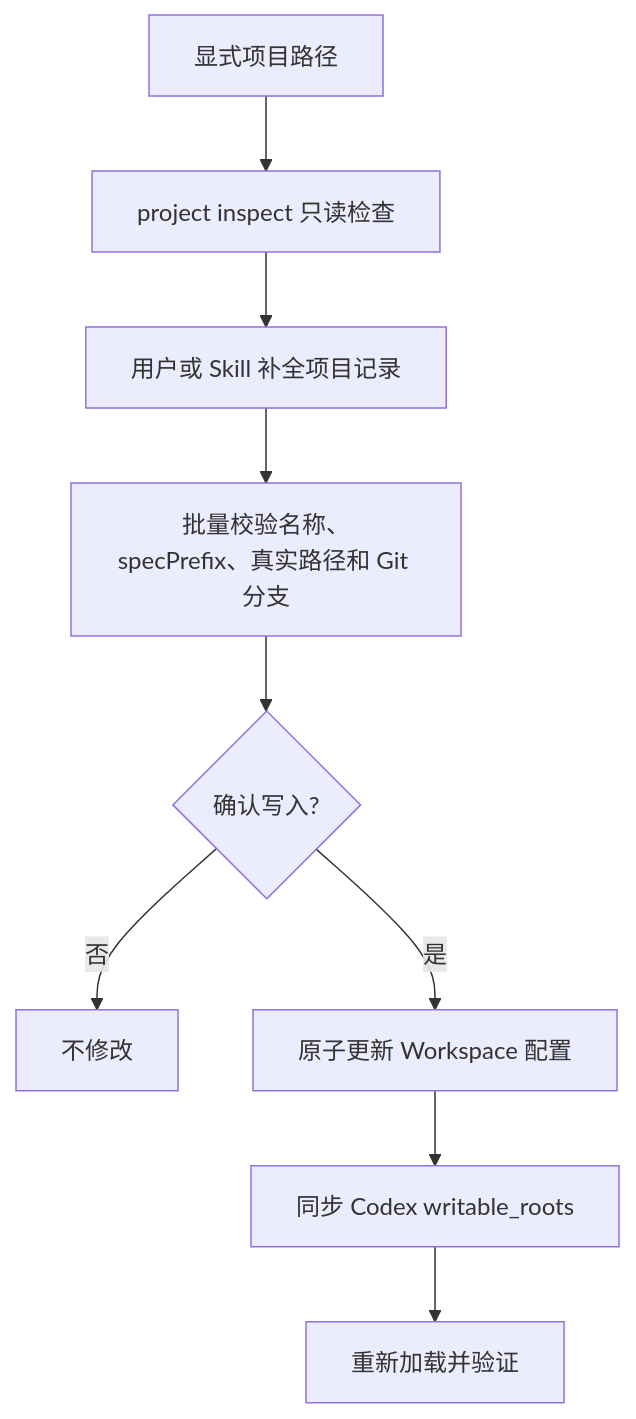
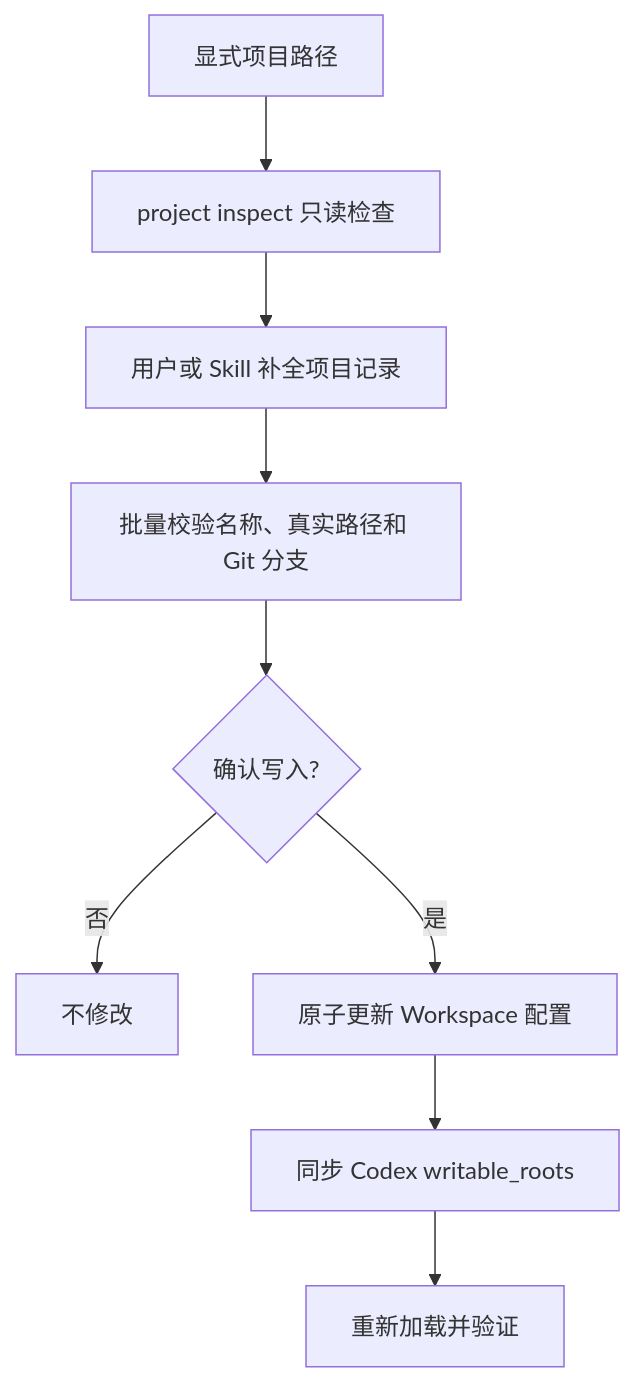
The second of 3 diagrams in docs/openspec-workspace-flow.zh-CN.md (icebearx-ai/code-workspace), drawn with Mermaid before and after one commit. The commit also changed other lines of this file and 20 other files, not shown here.

````diff
--- a/docs/openspec-workspace-flow.zh-CN.md
+++ b/docs/openspec-workspace-flow.zh-CN.md
@@ -38,11 +37,11 @@
 ```mermaid
 flowchart TD
     A[显式项目路径] --> I[project inspect 只读检查]
     I --> R[用户或 Skill 补全项目记录]
-    R --> V[批量校验名称、specPrefix、真实路径和 Git 分支]
+    R --> V[批量校验名称、真实路径和 Git 分支]
     V --> Q{确认写入?}
     Q -- 否 --> X[不修改]
     Q -- 是 --> W[原子更新 Workspace 配置]
     W --> P[同步 Codex writable_roots]
     P --> Z[重新加载并验证]
 ```
````
